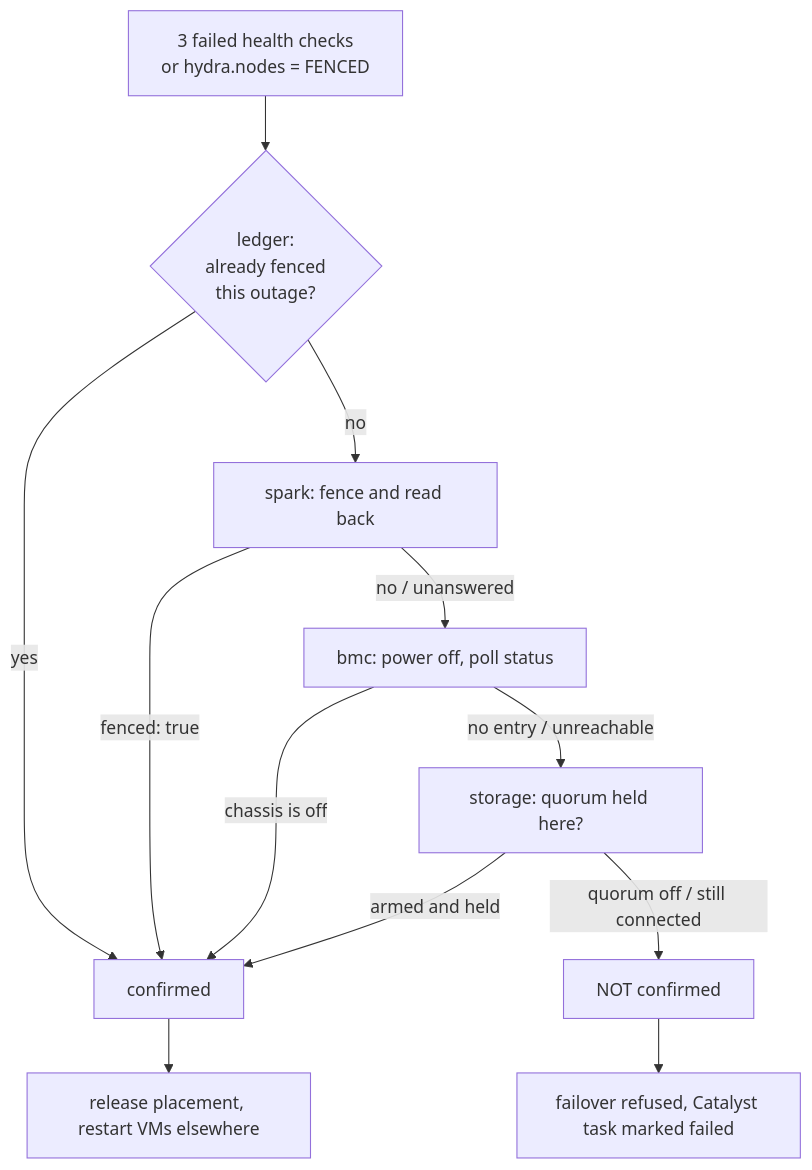
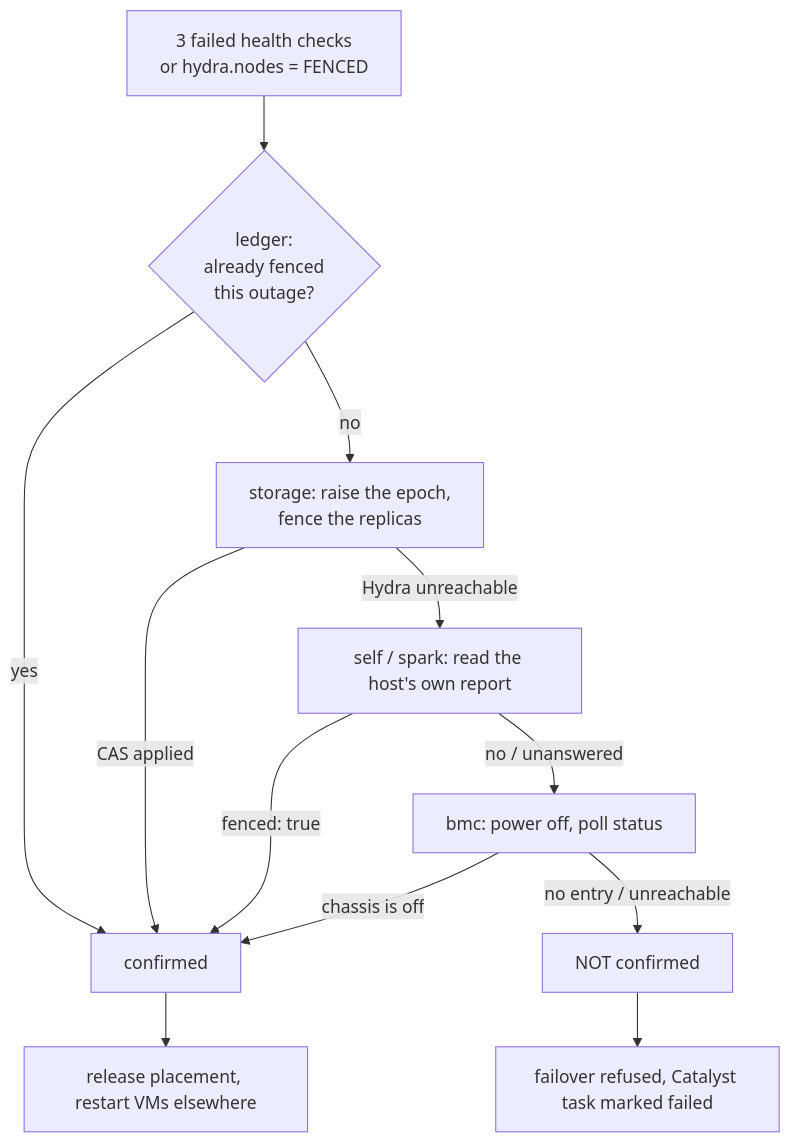
Before and after one commit to AuroraRyunix/Helios-HCI: the diagram in docs/fencing.md, drawn with Mermaid. The commit also changed other lines of this file and 5 other files, not shown here.

````diff
--- a/docs/fencing.md
+++ b/docs/fencing.md
@@ -88,14 +71,14 @@
 ```mermaid
 flowchart TB
     T["3 failed health checks<br/>or hydra.nodes = FENCED"] --> L{"ledger:<br/>already fenced<br/>this outage?"}
     L -->|yes| OK["confirmed"]
-    L -->|no| S["spark: fence and read back"]
+    L -->|no| Q["storage: raise the epoch,<br/>fence the replicas"]
+    Q -->|"CAS applied"| OK
+    Q -->|"Hydra unreachable"| S["self / spark: read the host's own report"]
     S -->|"fenced: true"| OK
     S -->|"no / unanswered"| B["bmc: power off, poll status"]
     B -->|"chassis is off"| OK
-    B -->|"no entry / unreachable"| Q["storage: quorum held here?"]
-    Q -->|"armed and held"| OK
-    Q -->|"quorum off / still connected"| NO["NOT confirmed"]
+    B -->|"no entry / unreachable"| NO["NOT confirmed"]
     OK --> F["release placement, restart VMs elsewhere"]
     NO --> BLOCK["failover refused, Catalyst task marked failed"]
 ```
````
